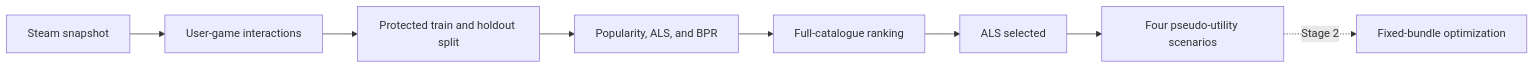
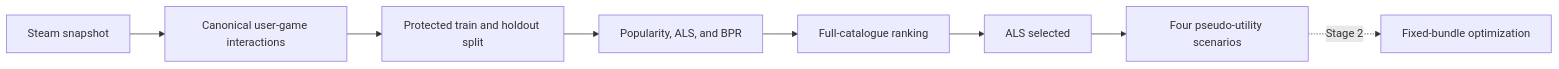
One commit to pranavpillaiNUS/steam-recommendation-and-bundle-optimization changed the diagram in README.md. Above: the diagram before and after it, drawn with Mermaid. The commit also changed other lines of this file and 4 other files, not shown here.

````diff
--- a/README.md
+++ b/README.md
@@ -16,10 +31,10 @@
 ```mermaid
 flowchart LR
-    A[Steam snapshot] --> B[User-game interactions]
+    A[Steam snapshot] --> B[Canonical user-game interactions]
     B --> C[Protected train and holdout split]
     C --> D[Popularity, ALS, and BPR]
     D --> E[Full-catalogue ranking]
     E --> F[ALS selected]
     F --> G[Four pseudo-utility scenarios]
     G -. Stage 2 .-> H[Fixed-bundle optimization]
 ```
````
